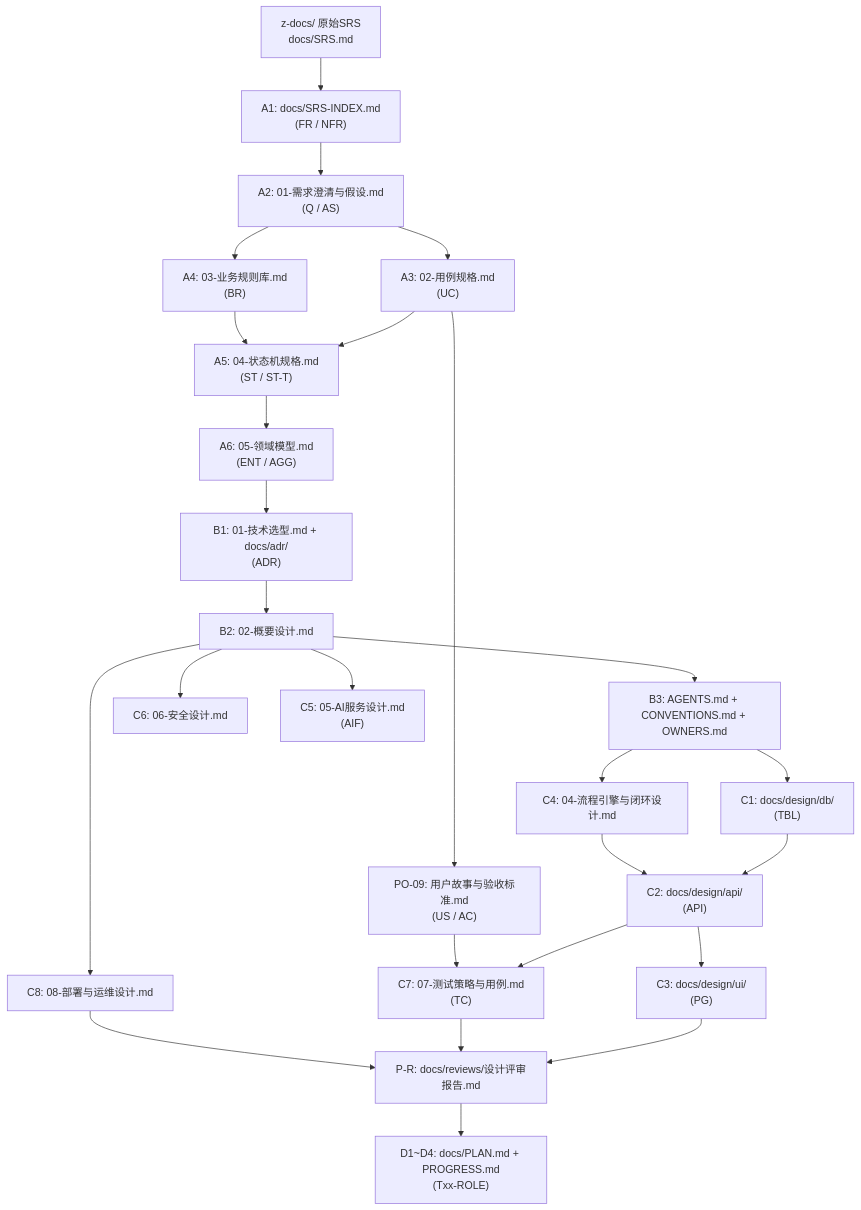
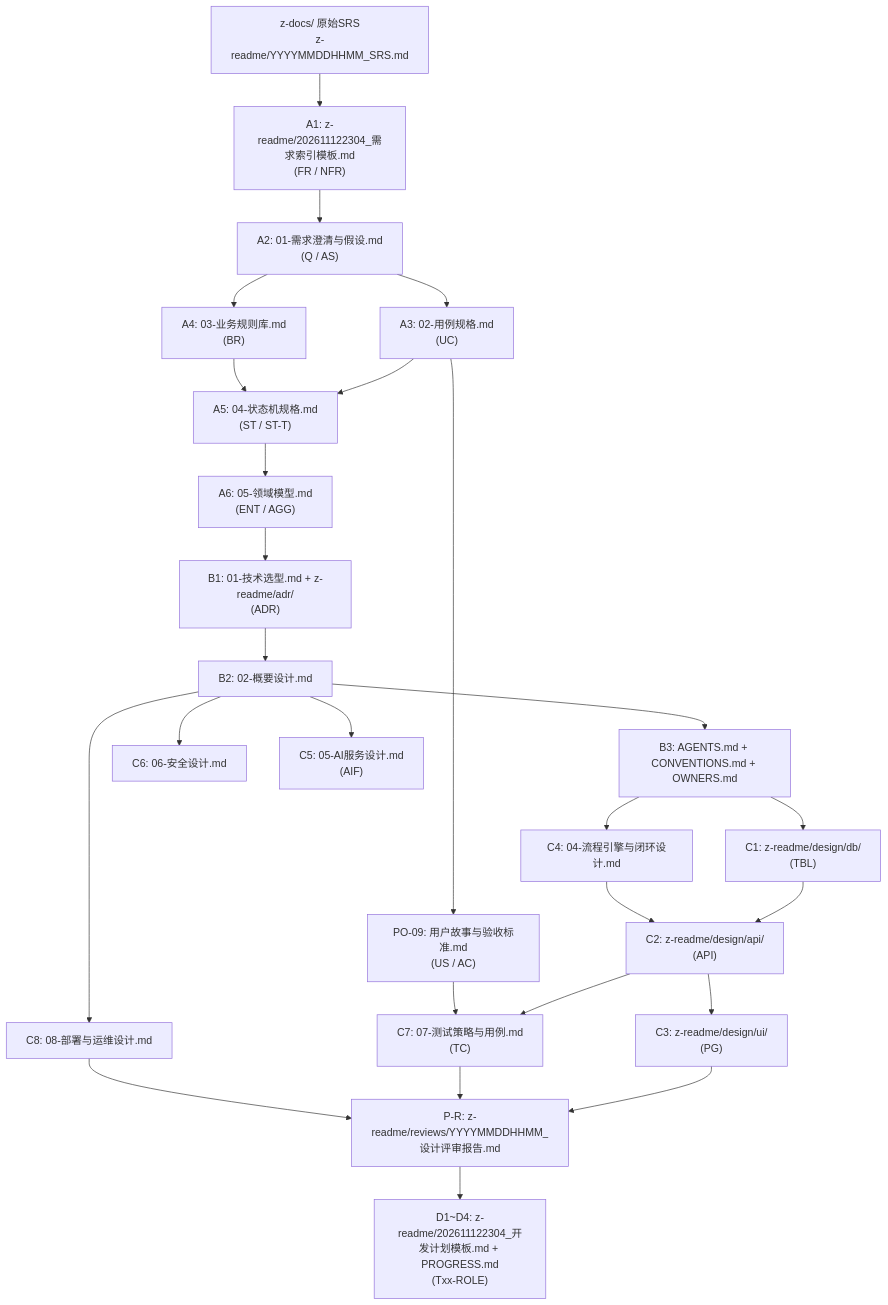
Before and after one commit to rainth888/tech-analysis: the diagram in _templete_project_team/z-readme/01_大项目全技术规范与架构文档内容规范.md, drawn with Mermaid. The commit also changed other lines of this file and 95 other files, not shown here.

````diff
--- a/_templete_project_team/z-readme/01_大项目全技术规范与架构文档内容规范.md
+++ b/_templete_project_team/z-readme/01_大项目全技术规范与架构文档内容规范.md
@@ -12,28 +14,28 @@
 ```mermaid
 flowchart TD
-    SRS["z-docs/ 原始SRS<br/>docs/SRS.md"] --> IDX["A1: docs/SRS-INDEX.md<br/>(FR / NFR)"]
+    SRS["z-docs/ 原始SRS<br/>z-readme/YYYYMMDDHHMM_SRS.md"] --> IDX["A1: z-readme/202611122304_需求索引模板.md<br/>(FR / NFR)"]
     IDX --> CLR["A2: 01-需求澄清与假设.md<br/>(Q / AS)"]
     CLR --> UC["A3: 02-用例规格.md<br/>(UC)"]
     CLR --> BR["A4: 03-业务规则库.md<br/>(BR)"]
     UC --> ST["A5: 04-状态机规格.md<br/>(ST / ST-T)"]
     BR --> ST
     ST --> ENT["A6: 05-领域模型.md<br/>(ENT / AGG)"]
-    ENT --> ADR["B1: 01-技术选型.md + docs/adr/<br/>(ADR)"]
+    ENT --> ADR["B1: 01-技术选型.md + z-readme/adr/<br/>(ADR)"]
     ADR --> ARCH["B2: 02-概要设计.md"]
     ARCH --> CONV["B3: AGENTS.md + CONVENTIONS.md + OWNERS.md"]
-    CONV --> DB["C1: docs/design/db/<br/>(TBL)"]
+    CONV --> DB["C1: z-readme/design/db/<br/>(TBL)"]
     CONV --> FLOW["C4: 04-流程引擎与闭环设计.md"]
-    DB --> API["C2: docs/design/api/<br/>(API)"]
+    DB --> API["C2: z-readme/design/api/<br/>(API)"]
     FLOW --> API
-    API --> UI["C3: docs/design/ui/<br/>(PG)"]
+    API --> UI["C3: z-readme/design/ui/<br/>(PG)"]
     UC --> AC["PO-09: 用户故事与验收标准.md<br/>(US / AC)"]
     API --> TC["C7: 07-测试策略与用例.md<br/>(TC)"]
     AC --> TC
     ARCH --> OPS["C8: 08-部署与运维设计.md"]
     ARCH --> SEC["C6: 06-安全设计.md"]
     ARCH --> AID["C5: 05-AI服务设计.md<br/>(AIF)"]
-    UI --> GATE["P-R: docs/reviews/设计评审报告.md"]
+    UI --> GATE["P-R: z-readme/reviews/YYYYMMDDHHMM_设计评审报告.md"]
     TC --> GATE
     OPS --> GATE
-    GATE --> PLAN["D1~D4: docs/PLAN.md + PROGRESS.md<br/>(Txx-ROLE)"]
+    GATE --> PLAN["D1~D4: z-readme/202611122304_开发计划模板.md + PROGRESS.md<br/>(Txx-ROLE)"]
 ```
````
